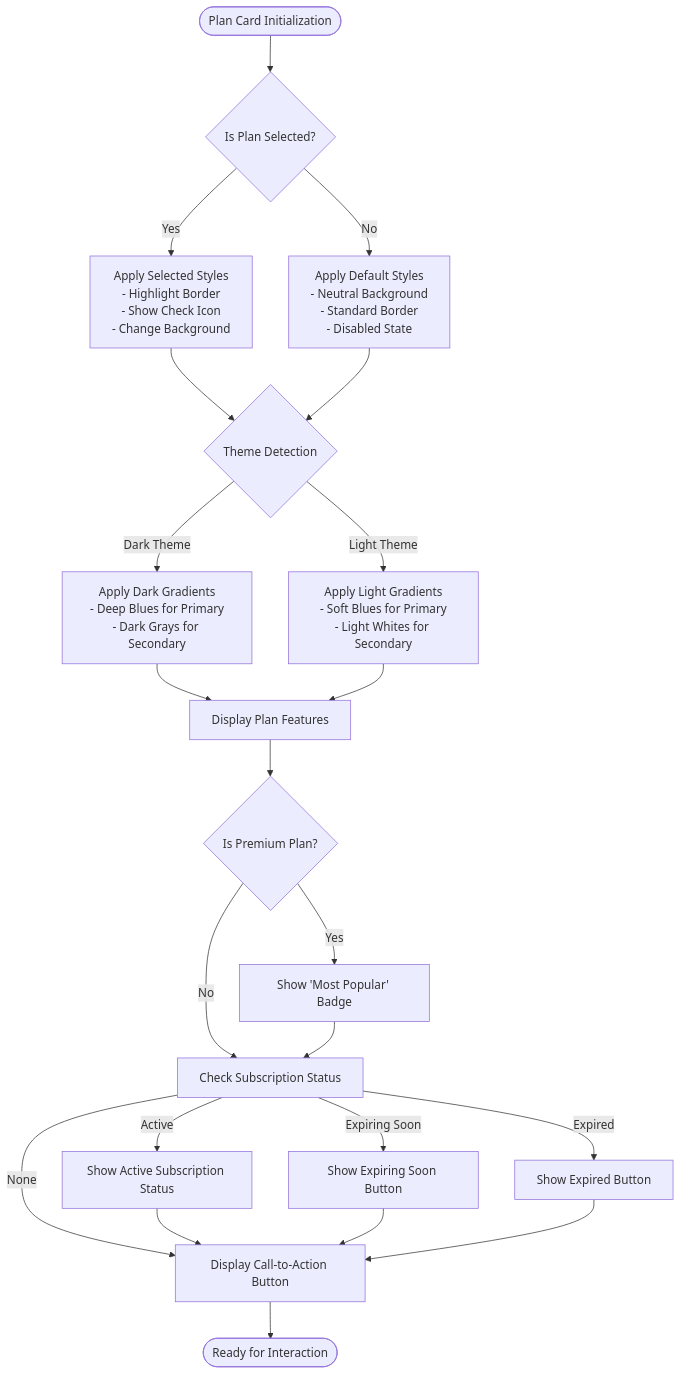
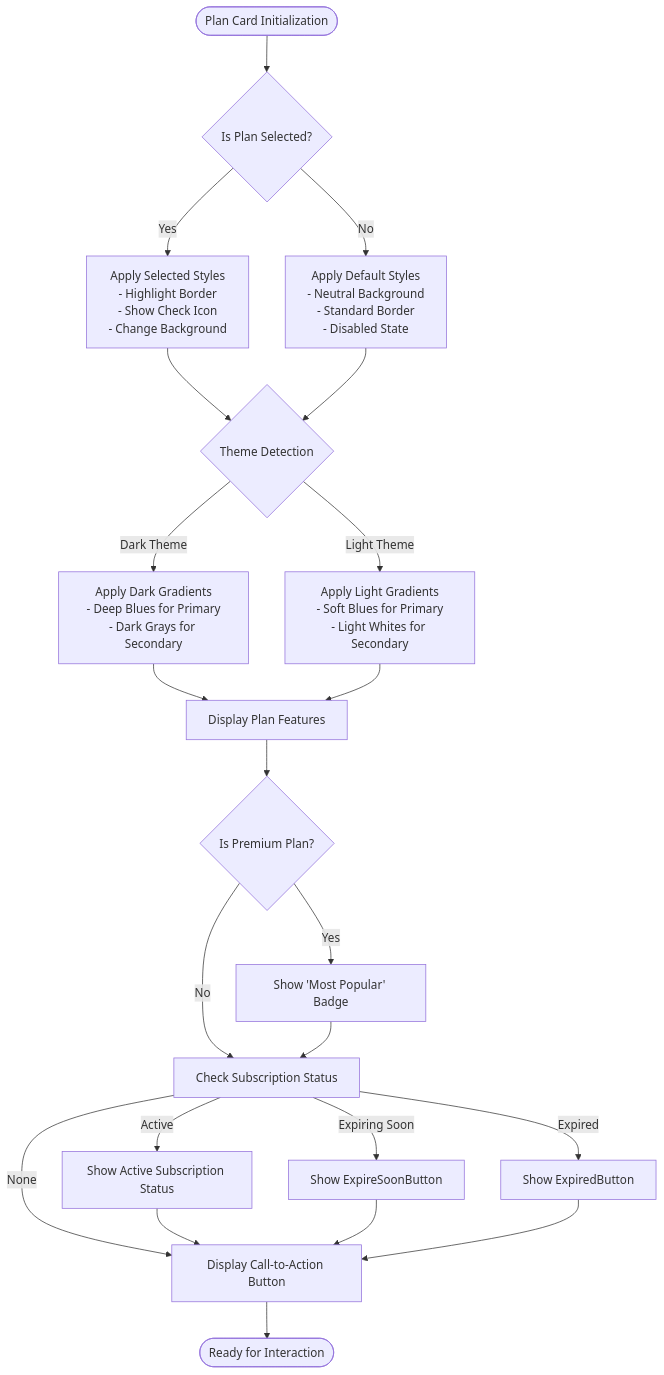
One commit to Ariful3111/FurniGo changed the sixth of 9 diagrams in .qoder/repowiki/en/content/Core Features/Membership and Subscription System.md. Above: the diagram before and after it, drawn with Mermaid. The commit also changed other lines of this file and 9 other files, not shown here.

````diff
--- a/.qoder/repowiki/en/content/Core Features/Membership and Subscription System.md
+++ b/.qoder/repowiki/en/content/Core Features/Membership and Subscription System.md
@@ -301,24 +296,24 @@
 ```mermaid
 flowchart TD
 Start([Plan Card Initialization]) --> CheckSelection{"Is Plan Selected?"}
 CheckSelection --> |Yes| ApplySelectedStyle["Apply Selected Styles<br/>- Highlight Border<br/>- Show Check Icon<br/>- Change Background"]
 CheckSelection --> |No| ApplyDefaultStyle["Apply Default Styles<br/>- Neutral Background<br/>- Standard Border<br/>- Disabled State"]
 ApplySelectedStyle --> CheckTheme{"Theme Detection"}
 ApplyDefaultStyle --> CheckTheme
 CheckTheme --> |Dark Theme| ApplyDarkGradients["Apply Dark Gradients<br/>- Deep Blues for Primary<br/>- Dark Grays for Secondary"]
 CheckTheme --> |Light Theme| ApplyLightGradients["Apply Light Gradients<br/>- Soft Blues for Primary<br/>- Light Whites for Secondary"]
 ApplyDarkGradients --> ShowFeatures["Display Plan Features"]
 ApplyLightGradients --> ShowFeatures
 ShowFeatures --> CheckPremium{"Is Premium Plan?"}
 CheckPremium --> |Yes| ShowBadge["Show 'Most Popular' Badge"]
 CheckPremium --> |No| CheckSubscriptionStatus["Check Subscription Status"]
 ShowBadge --> CheckSubscriptionStatus
 CheckSubscriptionStatus --> |Active| ShowActiveStatus["Show Active Subscription Status"]
-CheckSubscriptionStatus --> |Expiring Soon| ShowExpireSoon["Show Expiring Soon Button"]
-CheckSubscriptionStatus --> |Expired| ShowExpired["Show Expired Button"]
+CheckSubscriptionStatus --> |Expiring Soon| ShowExpireSoon["Show ExpireSoonButton"]
+CheckSubscriptionStatus --> |Expired| ShowExpired["Show ExpiredButton"]
 CheckSubscriptionStatus --> |None| ShowButton["Display Call-to-Action Button"]
 ShowActiveStatus --> ShowButton
 ShowExpireSoon --> ShowButton
 ShowExpired --> ShowButton
 ShowButton --> End([Ready for Interaction])
 ```
````
